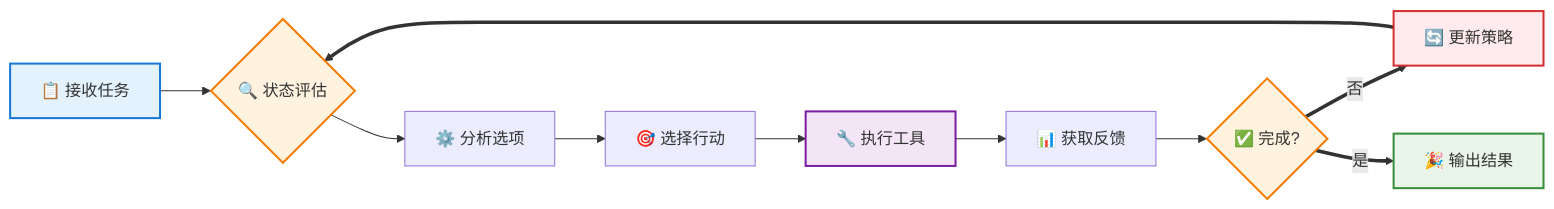
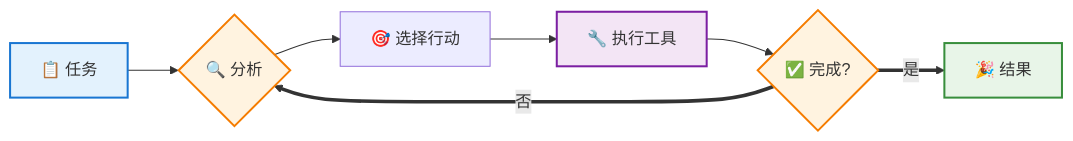
One commit to yxzf/claude-code-guide changed the first of 10 diagrams in agent/AI_Agent_完整入门指南.md. Above: the diagram before and after it, drawn with Mermaid. The commit also changed other lines of this file, not shown here.

````diff
--- a/agent/AI_Agent_完整入门指南.md
+++ b/agent/AI_Agent_完整入门指南.md
@@ -45,19 +27,15 @@
 ```mermaid
 flowchart LR
-    A[📋 接收任务] --> B{🔍 状态评估}
-    B --> C[⚙️ 分析选项]
-    C --> D[🎯 选择行动]
-    D --> E[🔧 执行工具]
-    E --> F[📊 获取反馈]
-    F --> G{✅ 完成?}
-    G ==>|否| H[🔄 更新策略]
-    H ==> B
-    G ==>|是| I[🎉 输出结果]
+    A[📋 任务] --> B{🔍 分析}
+    B --> C[🎯 选择行动]
+    C --> D[🔧 执行工具]
+    D --> E{✅ 完成?}
+    E ==>|否| B
+    E ==>|是| F[🎉 结果]
     
     style A fill:#e3f2fd,stroke:#1976d2,stroke-width:2px
-    style I fill:#e8f5e8,stroke:#388e3c,stroke-width:2px
-    style G fill:#fff3e0,stroke:#f57c00,stroke-width:2px
+    style F fill:#e8f5e8,stroke:#388e3c,stroke-width:2px
+    style E fill:#fff3e0,stroke:#f57c00,stroke-width:2px
     style B fill:#fff3e0,stroke:#f57c00,stroke-width:2px
-    style E fill:#f3e5f5,stroke:#7b1fa2,stroke-width:2px
-    style H fill:#ffebee,stroke:#d32f2f,stroke-width:2px
+    style D fill:#f3e5f5,stroke:#7b1fa2,stroke-width:2px
 ```
````
